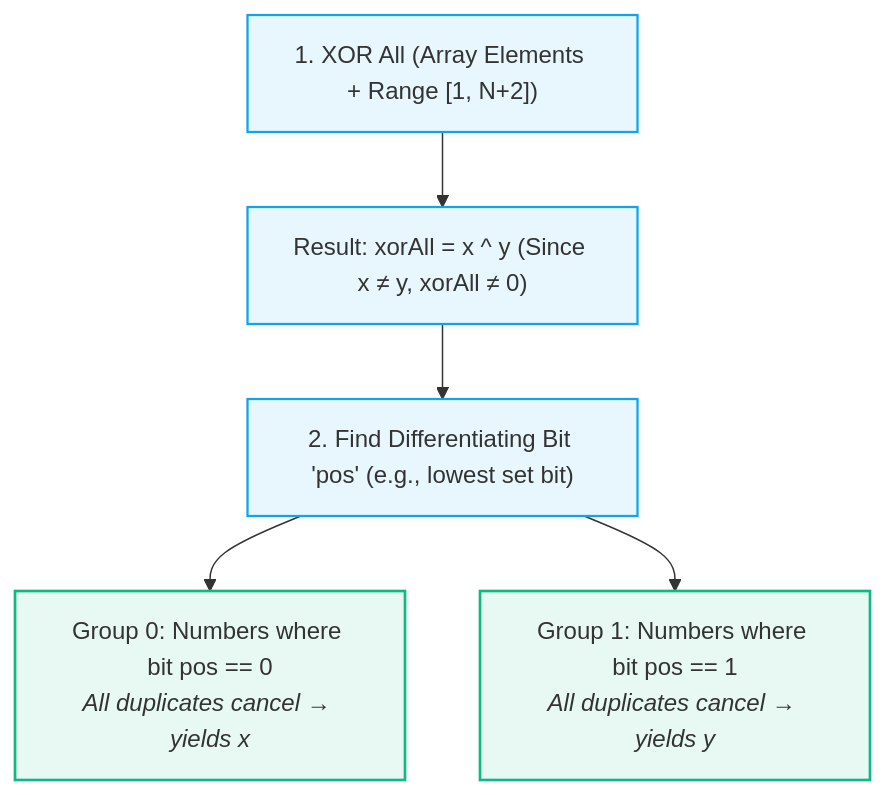
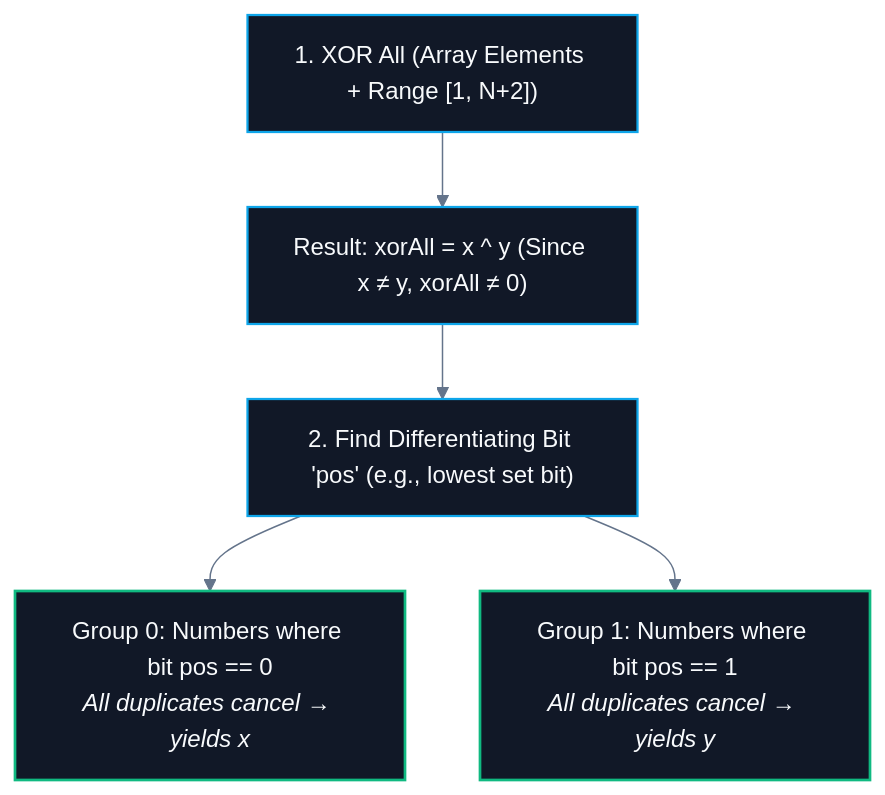
Before and after one commit to abhinavbharti2345/CS_Notes: the second of 3 diagrams in CS/DSA/04. Bit Manipulation/04. Bit Manipulation Problems.md, drawn with Mermaid. The commit also changed other lines of this file and 195 other files, not shown here.

````diff
--- a/CS/DSA/04. Bit Manipulation/04. Bit Manipulation Problems.md
+++ b/CS/DSA/04. Bit Manipulation/04. Bit Manipulation Problems.md
@@ -137,12 +138,13 @@
 ```mermaid
+%%{init: {'theme': 'base', 'themeVariables': { 'darkMode': true, 'background': '#0B0F14', 'mainBkg': '#111827', 'primaryColor': '#111827', 'primaryTextColor': '#F8FAFC', 'primaryBorderColor': '#38BDF8', 'lineColor': '#64748B', 'secondaryColor': '#0B0F14', 'tertiaryColor': '#0B0F14', 'clusterBkg': '#0B0F14', 'clusterBorder': '#38BDF8' }}}%%
 flowchart TD
     A["1. XOR All (Array Elements + Range [1, N+2])"] --> B["Result: xorAll = x ^ y (Since x ≠ y, xorAll ≠ 0)"]
     B --> C["2. Find Differentiating Bit 'pos' (e.g., lowest set bit)"]
     C --> D1["Group 0: Numbers where bit pos == 0<br/><i>All duplicates cancel → yields x</i>"]
     C --> D2["Group 1: Numbers where bit pos == 1<br/><i>All duplicates cancel → yields y</i>"]
 
-    classDef step fill:#0ea5e918,stroke:#0ea5e9,stroke-width:1.5px;
-    classDef group fill:#10b98118,stroke:#10b981,stroke-width:1.8px;
+    classDef step fill:#111827,stroke:#0ea5e9,stroke-width:1.5px,color:#F8FAFC;
+    classDef group fill:#111827,stroke:#10b981,stroke-width:1.8px,color:#F8FAFC;
     class A,B,C step;
     class D1,D2 group;
 ```
````
